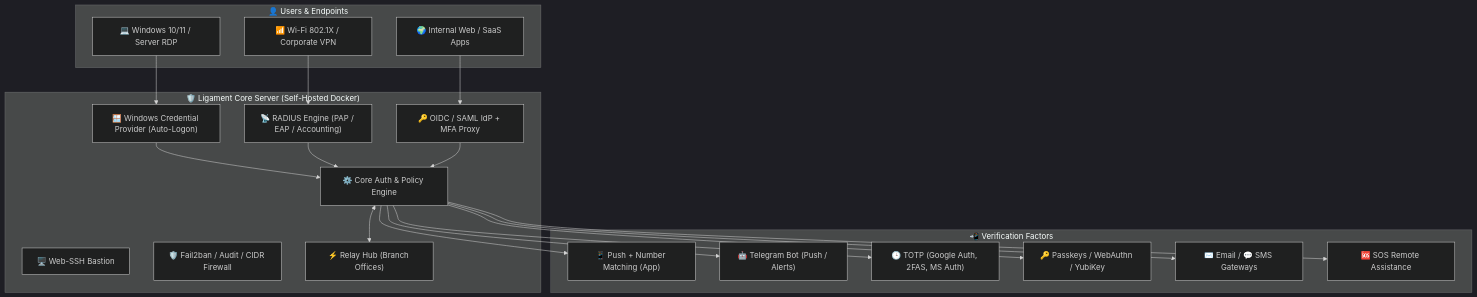
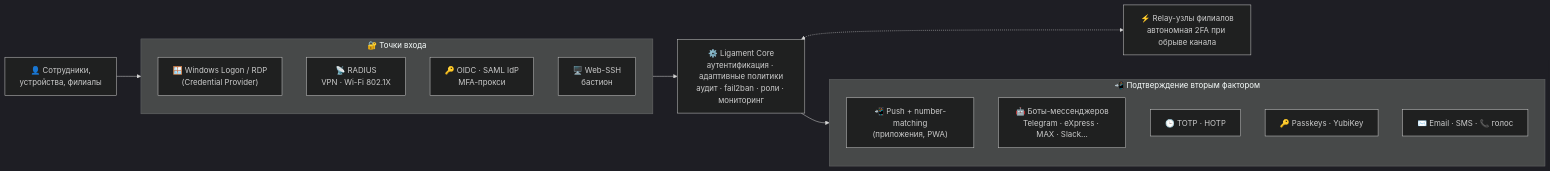
The diagram in README.md (aligorov/ligament), drawn with Mermaid (dark theme) before and after one commit. The commit also changed 1 other file, not shown here.

Commit message:
docs: архитектурная диаграмма — чистый конвейер вместо леса стрелок
Пользователи → точки входа (Windows CP, RADIUS, OIDC/SAML/MFA-прокси,
бастион) → ядро → факторы; Relay-узлы — пунктирной веткой сбоку.
Узел бастиона больше не висит без связей; направление LR вместо TD —
на GitHub читается в одну строку слева направо. EN/RU синхронно.

````diff
--- a/README.md
+++ b/README.md
@@ -46,38 +46,28 @@
 ```mermaid
-flowchart TD
-    subgraph Users["👤 Users & Endpoints"]
-        U1["💻 Windows 10/11 / Server RDP"]
-        U2["📶 Wi-Fi 802.1X / Corporate VPN"]
-        U3["🌍 Internal Web / SaaS Apps"]
+flowchart LR
+    U["👤 Сотрудники,<br/>устройства, филиалы"]
+
+    subgraph Entries["🔐 Точки входа"]
+        direction TB
+        CP["🪟 Windows Logon / RDP<br/>(Credential Provider)"]
+        RAD["📡 RADIUS<br/>VPN · Wi-Fi 802.1X"]
+        SSO["🔑 OIDC · SAML IdP<br/>MFA-прокси"]
+        BAS["🖥️ Web-SSH<br/>бастион"]
     end
 
-    subgraph LigamentCore["🛡️ Ligament Core Server (Self-Hosted Docker)"]
-        CP["🪟 Windows Credential Provider (Auto-Logon)"]
-        RAD["📡 RADIUS Engine (PAP / EAP / Accounting)"]
-        OIDC["🔑 OIDC / SAML IdP + MFA Proxy"]
-        BAST["🖥️ Web-SSH Bastion"]
-        AUTH["⚙️ Core Auth & Policy Engine"]
-        FSM["🛡️ Fail2ban / Audit / CIDR Firewall"]
-        REL["⚡ Relay Hub (Branch Offices)"]
+    CORE["⚙️ Ligament Core<br/>аутентификация · адаптивные политики<br/>аудит · fail2ban · роли · мониторинг"]
+
+    subgraph Factors["📲 Подтверждение вторым фактором"]
+        direction TB
+        F1["📲 Push + number-matching<br/>(приложения, PWA)"]
+        F2["🤖 Боты-мессенджеров<br/>Telegram · eXpress · MAX · Slack…"]
+        F3["🕒 TOTP · HOTP"]
+        F4["🔑 Passkeys · YubiKey"]
+        F5["✉️ Email · SMS · 📞 голос"]
     end
 
-    subgraph Factors["📲 Verification Factors"]
-        F1["📱 Push + Number Matching (App)"]
-        F2["🤖 Telegram Bot (Push / Alerts)"]
-        F3["🕒 TOTP (Google Auth, 2FAS, MS Auth)"]
-        F4["🔑 Passkeys / WebAuthn / YubiKey"]
-        F5["✉️ Email / 💬 SMS Gateways"]
-        F6["🆘 SOS Remote Assistance"]
-    end
+    REL["⚡ Relay-узлы филиалов<br/>автономная 2FA при обрыве канала"]
 
-    U1 --> CP --> AUTH
-    U2 --> RAD --> AUTH
-    U3 --> OIDC --> AUTH
-    AUTH --> F1
-    AUTH --> F2
-    AUTH --> F3
-    AUTH --> F4
-    AUTH --> F5
-    AUTH --> F6
-    AUTH <--> REL
+    U --> Entries --> CORE --> Factors
+    CORE <-.-> REL
 ```
````
